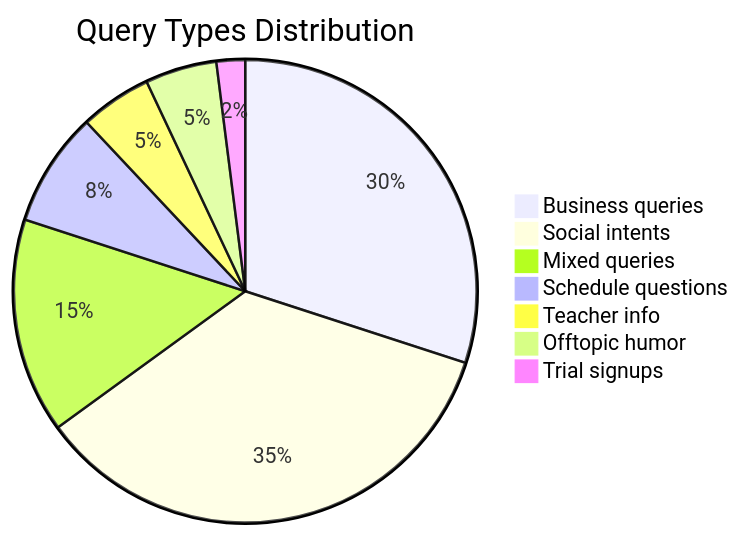
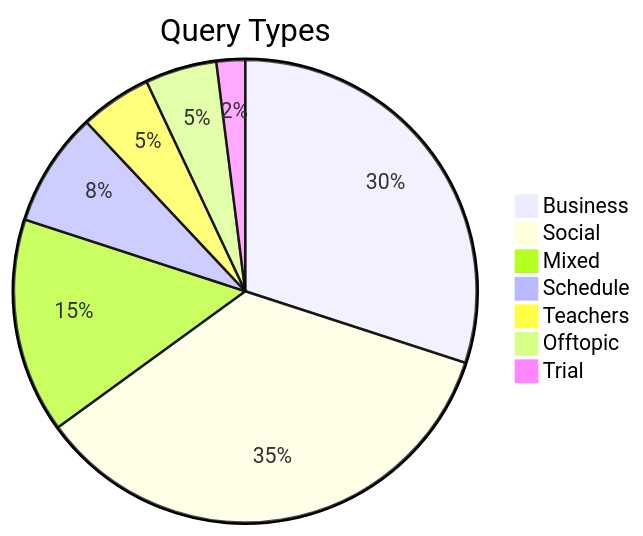
Before and after one commit to shao3d/Ukido_DynContInj: the fourth of 5 diagrams in README.md, drawn with Mermaid. The commit also changed other lines of this file, not shown here.

First line of the commit message:
fix: Максимальное упрощение Mermaid диаграмм для GitHub

````diff
--- a/README.md
+++ b/README.md
@@ -251,10 +210,10 @@
 ```mermaid
-pie title Query Types Distribution
-    "Business queries" : 30
-    "Social intents" : 35
-    "Mixed queries" : 15
-    "Schedule questions" : 8
-    "Teacher info" : 5
-    "Offtopic humor" : 5
-    "Trial signups" : 2
+pie title Query Types
+    "Business" : 30
+    "Social" : 35
+    "Mixed" : 15
+    "Schedule" : 8
+    "Teachers" : 5
+    "Offtopic" : 5
+    "Trial" : 2
 ```
````
